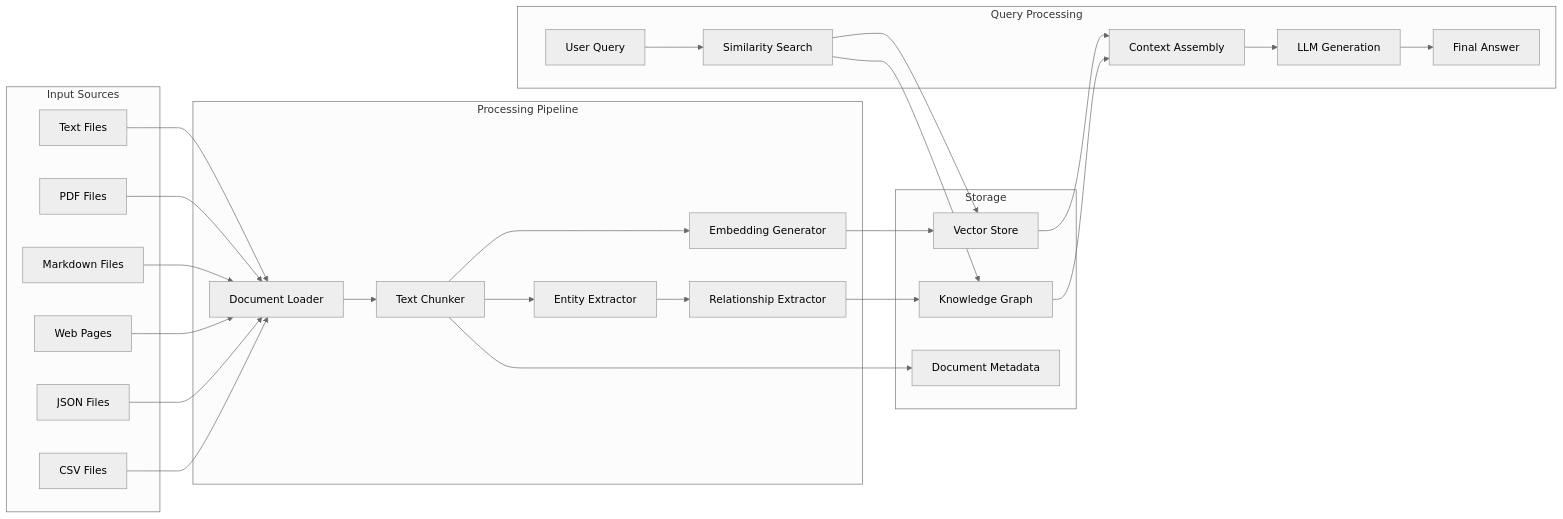
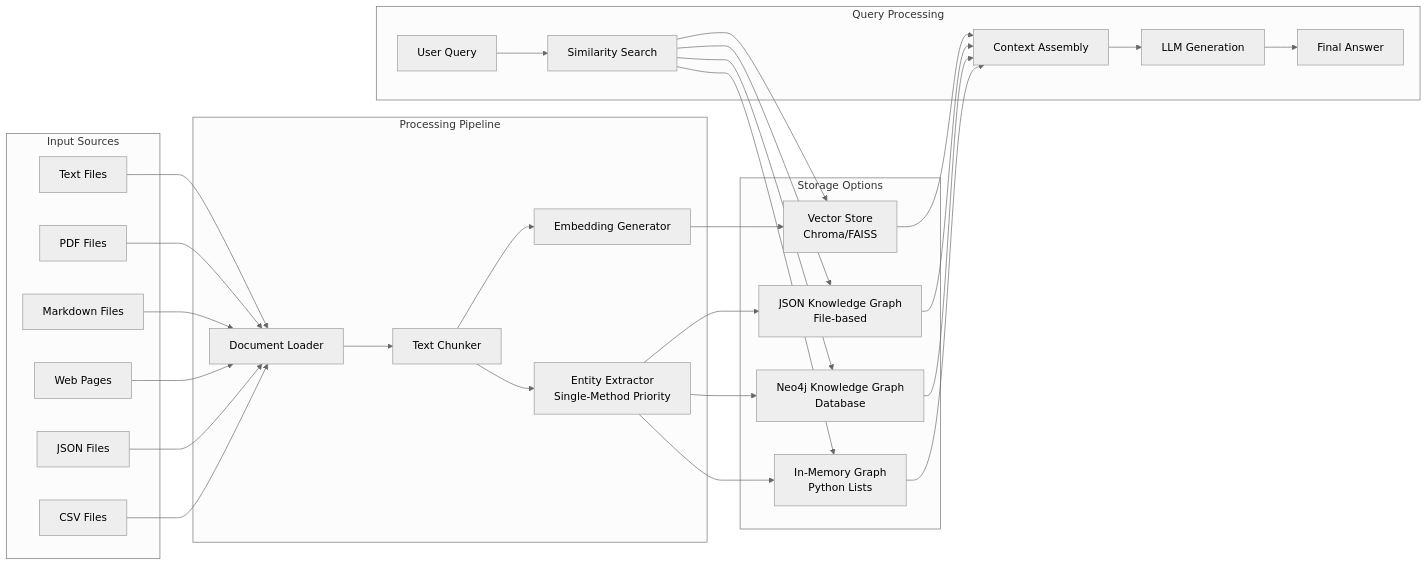
One commit to saurabh-chatterjee/employee_directory_search changed the fourth of 7 diagrams in system_flow_diagram.md. Above: the diagram before and after it, drawn with Mermaid (neutral theme). The commit also changed other lines of this file and 2 other files, not shown here.

Commit message:
Update system flow diagram

````diff
--- a/system_flow_diagram.md
+++ b/system_flow_diagram.md
@@ -137,57 +227,61 @@
 ```mermaid
 graph LR
     subgraph "Input Sources"
         TXT[Text Files]
         PDF[PDF Files]
         MD[Markdown Files]
         HTML[Web Pages]
         JSON[JSON Files]
         CSV[CSV Files]
     end
     
     subgraph "Processing Pipeline"
         LOAD[Document Loader]
         CHUNK[Text Chunker]
         EMBED[Embedding Generator]
-        EXTRACT[Entity Extractor]
-        RELATE[Relationship Extractor]
+        EXTRACT[Entity Extractor<br/>Single-Method Priority]
     end
     
-    subgraph "Storage"
-        VECTORS[Vector Store]
-        GRAPH[Knowledge Graph]
-        METADATA[Document Metadata]
+    subgraph "Storage Options"
+        VECTORS[Vector Store<br/>Chroma/FAISS]
+        JSON_GRAPH[JSON Knowledge Graph<br/>File-based]
+        NEO4J_GRAPH[Neo4j Knowledge Graph<br/>Database]
+        MEMORY_GRAPH[In-Memory Graph<br/>Python Lists]
     end
     
     subgraph "Query Processing"
         QUERY[User Query]
         SEARCH[Similarity Search]
         CONTEXT[Context Assembly]
         LLM[LLM Generation]
         ANSWER[Final Answer]
     end
     
     TXT --> LOAD
     PDF --> LOAD
     MD --> LOAD
     HTML --> LOAD
     JSON --> LOAD
     CSV --> LOAD
     
     LOAD --> CHUNK
     CHUNK --> EMBED
     CHUNK --> EXTRACT
     
     EMBED --> VECTORS
-    EXTRACT --> RELATE
-    RELATE --> GRAPH
-    CHUNK --> METADATA
+    EXTRACT --> JSON_GRAPH
+    EXTRACT --> NEO4J_GRAPH
+    EXTRACT --> MEMORY_GRAPH
     
     QUERY --> SEARCH
     SEARCH --> VECTORS
-    SEARCH --> GRAPH
+    SEARCH --> JSON_GRAPH
+    SEARCH --> NEO4J_GRAPH
+    SEARCH --> MEMORY_GRAPH
     VECTORS --> CONTEXT
-    GRAPH --> CONTEXT
+    JSON_GRAPH --> CONTEXT
+    NEO4J_GRAPH --> CONTEXT
+    MEMORY_GRAPH --> CONTEXT
     CONTEXT --> LLM
     LLM --> ANSWER
 ```
````
